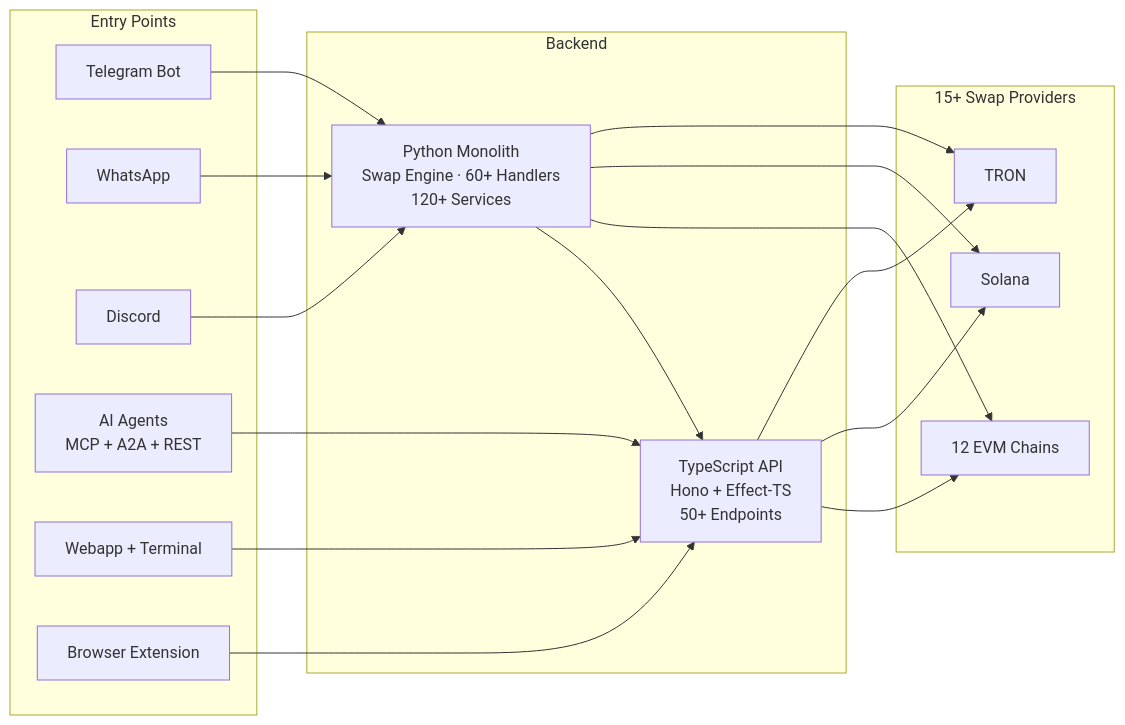
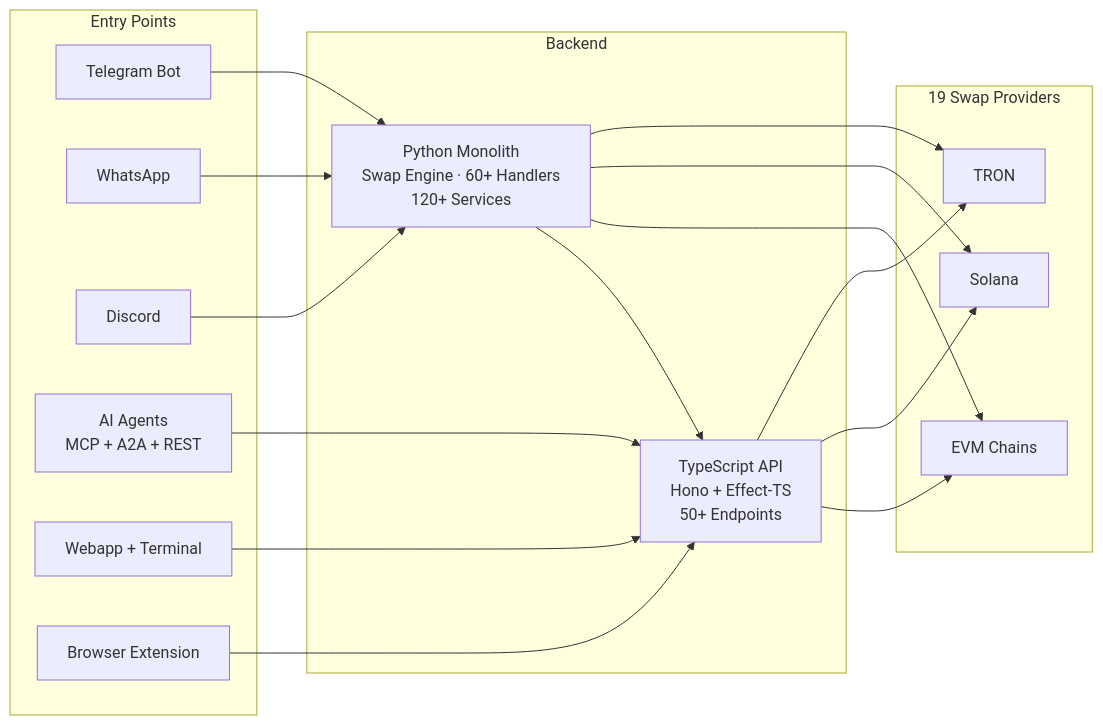
The diagram in README.md (0xSoftBoi/suwappubot), drawn with Mermaid before and after one commit. The commit also changed other lines of this file, not shown here.

First line of the commit message:
docs(readme): sync stale 14-chain/15-provider claims to canonical stats (45 chains, 19 providers)

````diff
--- a/README.md
+++ b/README.md
@@ -99,28 +99,28 @@
 ```mermaid
 flowchart LR
     subgraph Clients["Entry Points"]
         TG["Telegram Bot"]
         WA["WhatsApp"]
         DC["Discord"]
         AI["AI Agents\nMCP + A2A + REST"]
         Web["Webapp + Terminal"]
         Ext["Browser Extension"]
     end
 
     subgraph Backend["Backend"]
         Bot["Python Monolith\nSwap Engine · 60+ Handlers\n120+ Services"]
         API["TypeScript API\nHono + Effect-TS\n50+ Endpoints"]
     end
 
-    subgraph Providers["15+ Swap Providers"]
-        EVM["12 EVM Chains"]
+    subgraph Providers["19 Swap Providers"]
+        EVM["EVM Chains"]
         SOL["Solana"]
         TRON["TRON"]
     end
 
     TG & WA & DC --> Bot
     AI & Web & Ext --> API
     Bot --> API
     API --> EVM & SOL & TRON
     Bot --> EVM & SOL & TRON
 ```
````
